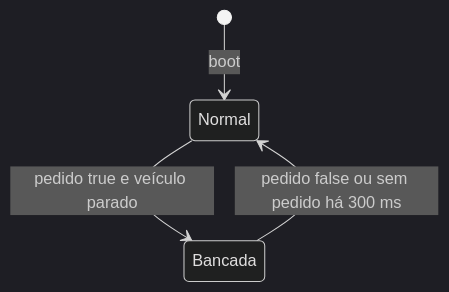
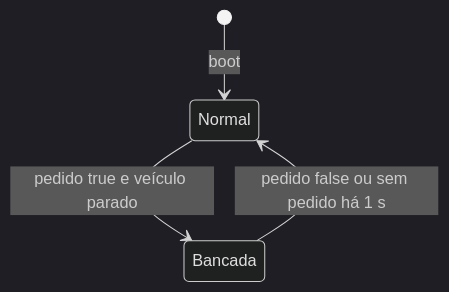
One commit to projeto-VIDA-UFLA/projeto-vida-firmware-esp32 changed the second of 2 diagrams in doc/safety/SafetyManager.md. Above: the diagram before and after it, drawn with Mermaid (dark theme). The commit also changed 3 other files, not shown here.

````diff
--- a/doc/safety/SafetyManager.md
+++ b/doc/safety/SafetyManager.md
@@ -67,6 +67,6 @@
 ```mermaid
 stateDiagram-v2
     [*] --> Normal: boot
     Normal --> Bancada: pedido true e veículo parado
-    Bancada --> Normal: pedido false ou sem pedido há 300 ms
+    Bancada --> Normal: pedido false ou sem pedido há 1 s
 ```
````
